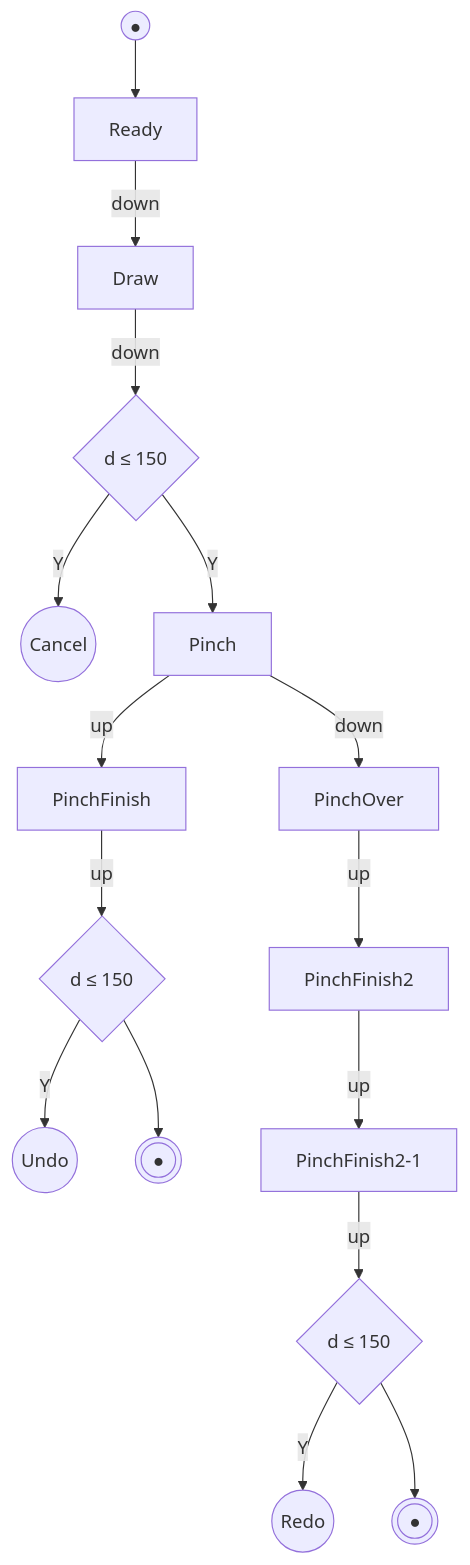
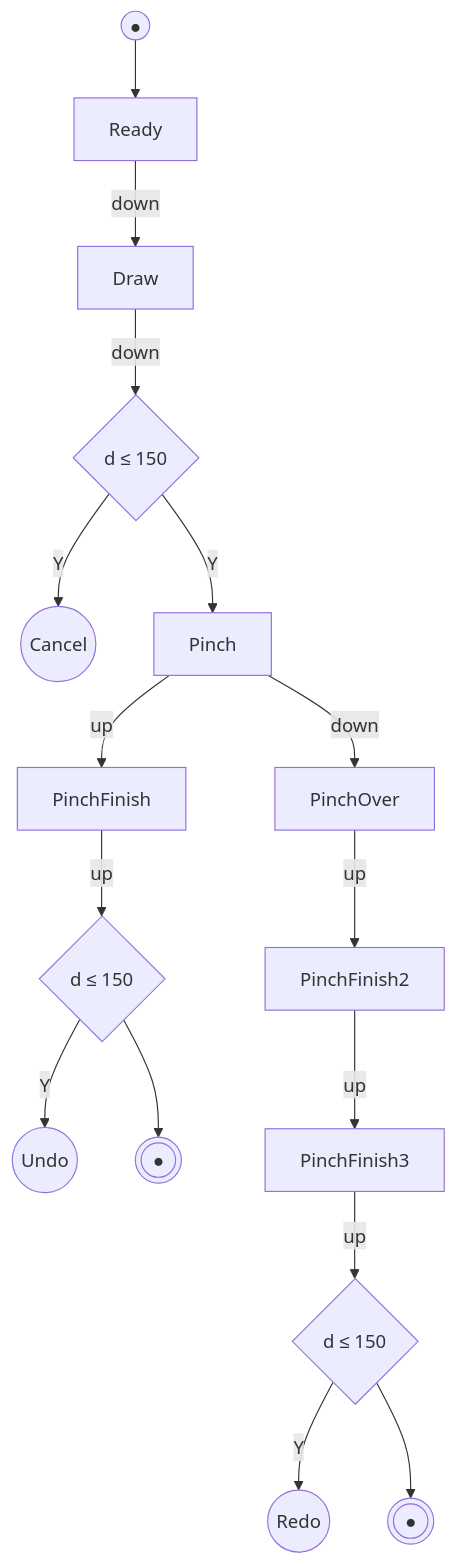
One commit to oyc0401/graphic changed the diagram in src/app/events/gesture-state-machine.mmd. Above: the diagram before and after it, drawn with Mermaid. The commit also changed 1 other file, not shown here.

Commit message:
undo/redo 안하는 분기 추가

```diff
--- a/src/app/events/gesture-state-machine.mmd
+++ b/src/app/events/gesture-state-machine.mmd
@@ -1,26 +1,26 @@
 flowchart TD
     %% 사각형 = 상태
     %% 육각형 이벤트 = 화살표 라벨로 표현
     %% 마름모 = 분기
 
     Start((●)) --> Ready[Ready]
 
     Ready -- down --> Draw[Draw]
     Draw -- down --> CheckDraw{"d ≤ 150"}
 
    
 
     CheckDraw -- Y --> Cancel((Cancel))
     CheckDraw -- Y --> Pinch[Pinch]
 
     Pinch -- up --> PinchFinish[PinchFinish]
     PinchFinish -- up --> CheckUndo{"d ≤ 150"}
     CheckUndo -- Y --> Undo((Undo))
     CheckUndo --> EndUndo(((●)))
 
     Pinch -- down --> PinchOver[PinchOver]
     PinchOver -- up --> PinchFinish2[PinchFinish2]
-    PinchFinish2 -- up --> PinchFinish2_1[PinchFinish2-1]
-    PinchFinish2_1 -- up --> CheckRedo{"d ≤ 150"}
+    PinchFinish2 -- up --> PinchFinish3[PinchFinish3]
+    PinchFinish3 -- up --> CheckRedo{"d ≤ 150"}
     CheckRedo -- Y --> Redo((Redo))
     CheckRedo --> EndRedo(((●)))
```
